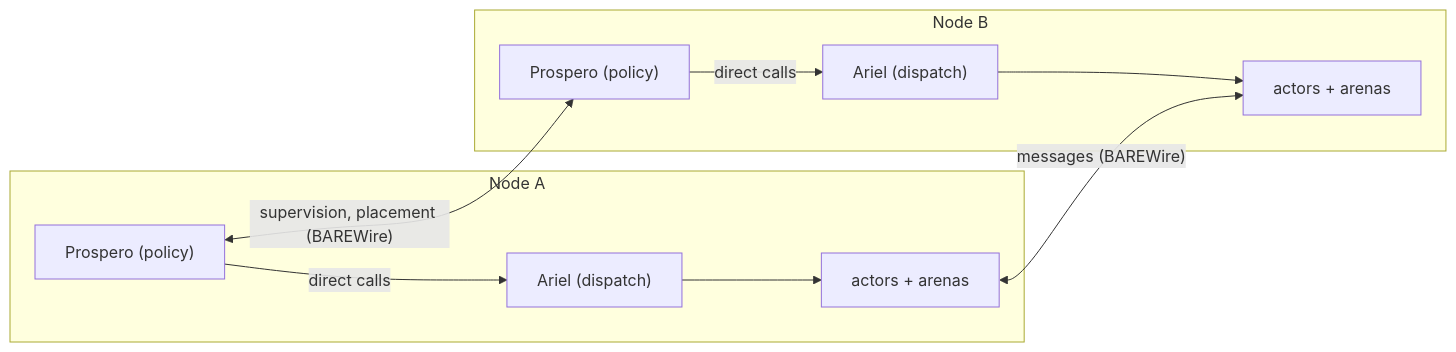
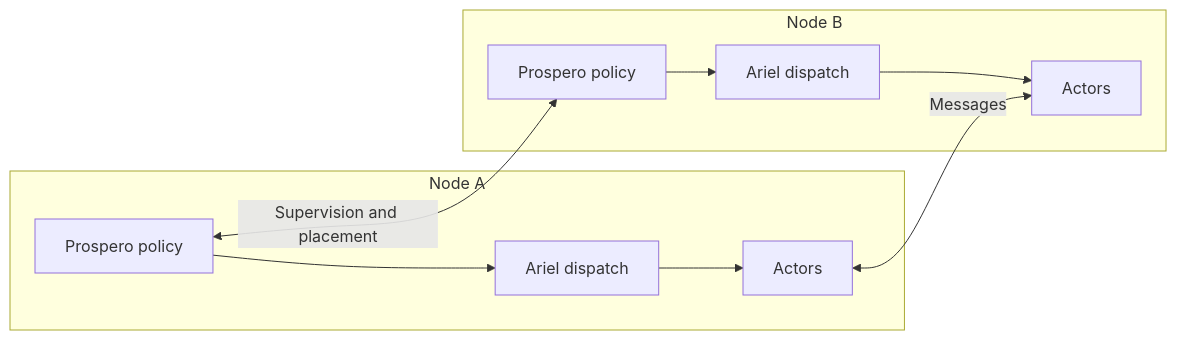
One commit to FidelityFramework/clef-lang-site changed the diagram in hugo/content/docs/internals/hardware/scheduling-on-metal.md. Above: the diagram before and after it, drawn with Mermaid. The commit also changed other lines of this file and 18 other files, not shown here.

````diff
--- a/hugo/content/docs/internals/hardware/scheduling-on-metal.md
+++ b/hugo/content/docs/internals/hardware/scheduling-on-metal.md
@@ -145,13 +75,13 @@
 ```mermaid
 flowchart LR
     subgraph N1["Node A"]
-        P1["Prospero (policy)"] -->|direct calls| A1["Ariel (dispatch)"]
-        A1 --> ac1["actors + arenas"]
+        P1["Prospero policy"] --> A1["Ariel dispatch"]
+        A1 --> ac1["Actors"]
     end
     subgraph N2["Node B"]
-        P2["Prospero (policy)"] -->|direct calls| A2["Ariel (dispatch)"]
-        A2 --> ac2["actors + arenas"]
+        P2["Prospero policy"] --> A2["Ariel dispatch"]
+        A2 --> ac2["Actors"]
     end
-    P1 <-->|"supervision, placement (BAREWire)"| P2
-    ac1 <-->|"messages (BAREWire)"| ac2
+    P1 <-->|"Supervision and placement"| P2
+    ac1 <-->|"Messages"| ac2
 ```
````
